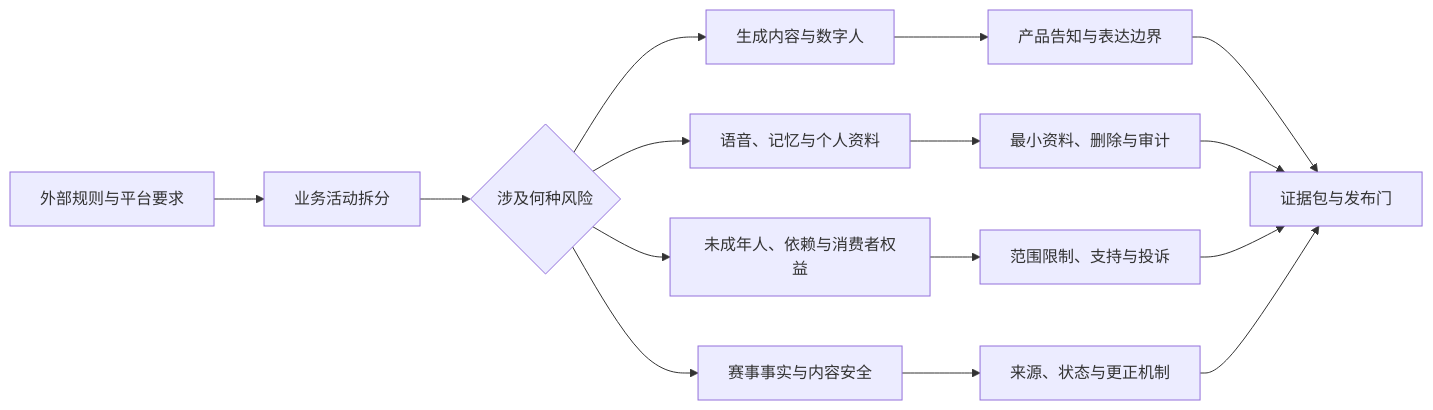
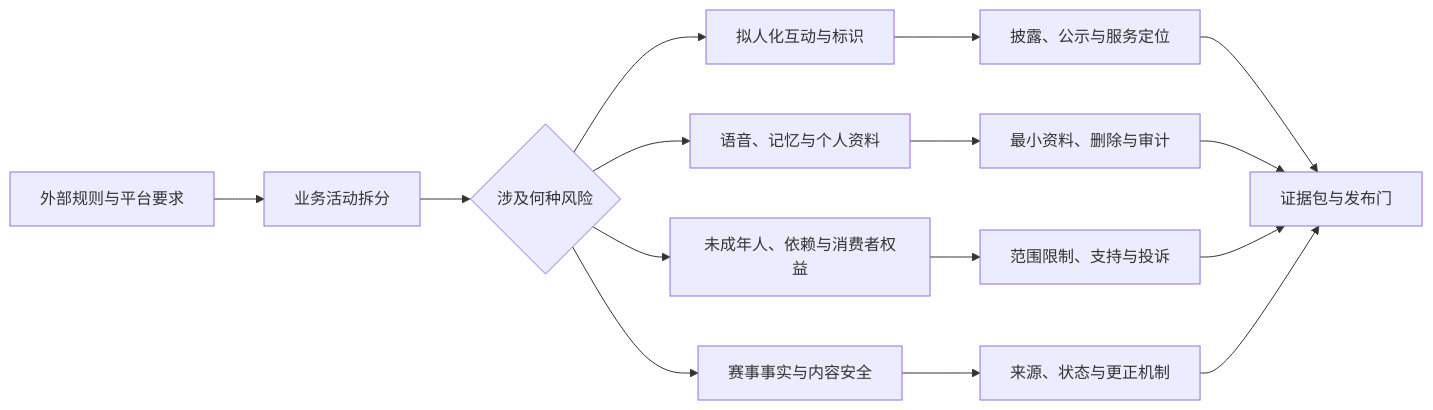
The second of 3 diagrams in docs/球球全套资料/1.市场洞察与战略定位/02-宏观环境与监管约束.md (weiz98417-crypto/qiuqiu), drawn with Mermaid before and after one commit. The commit also changed other lines of this file and 10 other files, not shown here.

````diff
--- a/docs/球球全套资料/1.市场洞察与战略定位/02-宏观环境与监管约束.md
+++ b/docs/球球全套资料/1.市场洞察与战略定位/02-宏观环境与监管约束.md
@@ -376,17 +415,17 @@
 ```mermaid
 flowchart LR
     A[外部规则与平台要求] --> B[业务活动拆分]
     B --> C{涉及何种风险}
-    C --> D[生成内容与数字人]
+    C --> D[拟人化互动与标识]
     C --> E[语音、记忆与个人资料]
     C --> F[未成年人、依赖与消费者权益]
     C --> G[赛事事实与内容安全]
-    D --> H[产品告知与表达边界]
+    D --> H[披露、公示与服务定位]
     E --> I[最小资料、删除与审计]
     F --> J[范围限制、支持与投诉]
     G --> K[来源、状态与更正机制]
     H --> L[证据包与发布门]
     I --> L
     J --> L
     K --> L
 ```
````
